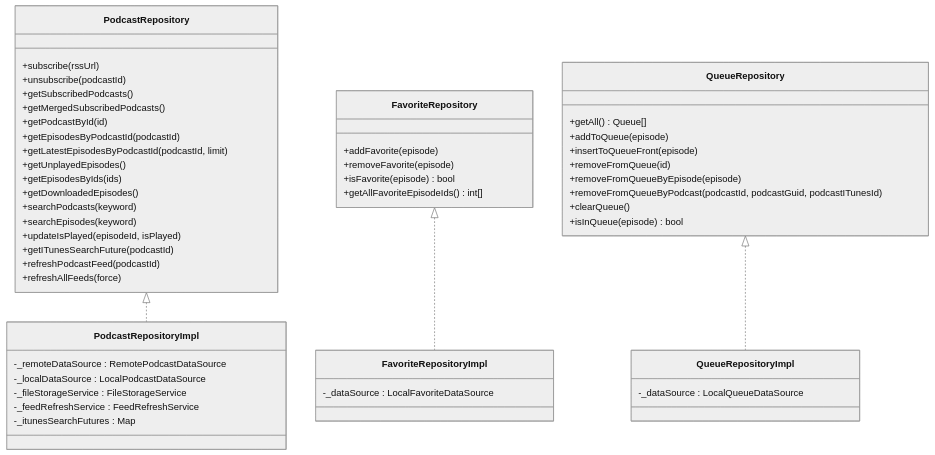
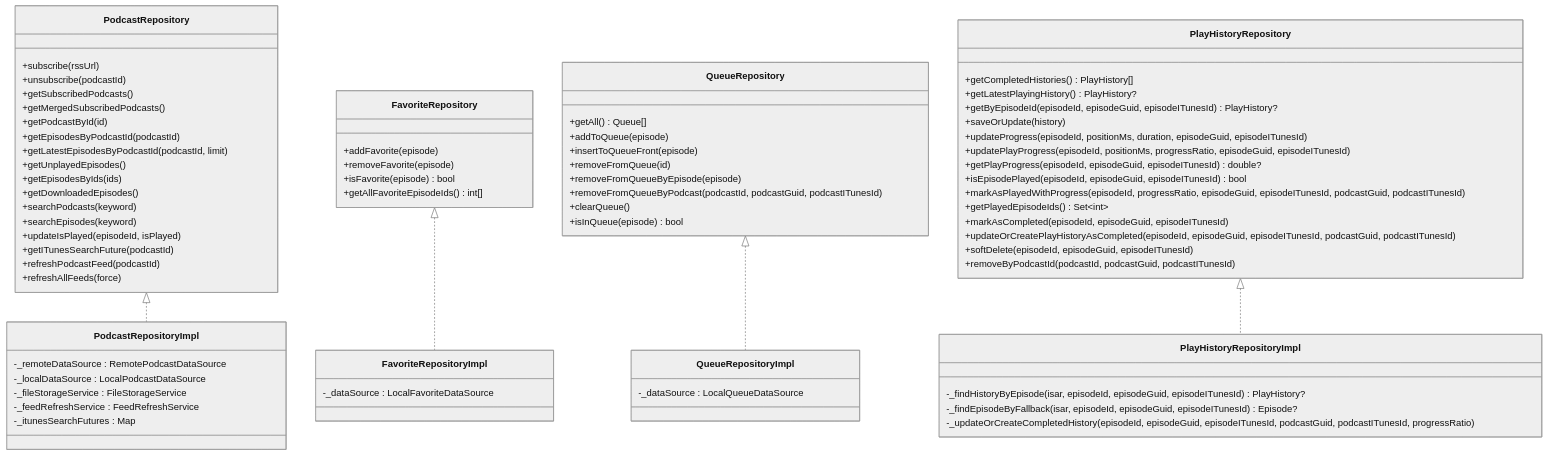
Before and after one commit to ZTfer/Tinycast: the second of 9 diagrams in .qoder/repowiki/zh/content/架构设计/设计模式应用/Repository Pattern（仓库模式）.md, drawn with Mermaid (neutral theme). The commit also changed other lines of this file and 187 other files, not shown here.

````diff
--- a/.qoder/repowiki/zh/content/架构设计/设计模式应用/Repository Pattern（仓库模式）.md
+++ b/.qoder/repowiki/zh/content/架构设计/设计模式应用/Repository Pattern（仓库模式）.md
@@ -122,53 +137,75 @@
 ```mermaid
 classDiagram
 class PodcastRepository {
 +subscribe(rssUrl)
 +unsubscribe(podcastId)
 +getSubscribedPodcasts()
 +getMergedSubscribedPodcasts()
 +getPodcastById(id)
 +getEpisodesByPodcastId(podcastId)
 +getLatestEpisodesByPodcastId(podcastId, limit)
 +getUnplayedEpisodes()
 +getEpisodesByIds(ids)
 +getDownloadedEpisodes()
 +searchPodcasts(keyword)
 +searchEpisodes(keyword)
 +updateIsPlayed(episodeId, isPlayed)
 +getITunesSearchFuture(podcastId)
 +refreshPodcastFeed(podcastId)
 +refreshAllFeeds(force)
 }
 class FavoriteRepository {
 +addFavorite(episode)
 +removeFavorite(episode)
 +isFavorite(episode) bool
 +getAllFavoriteEpisodeIds() int[]
 }
 class QueueRepository {
 +getAll() Queue[]
 +addToQueue(episode)
 +insertToQueueFront(episode)
 +removeFromQueue(id)
 +removeFromQueueByEpisode(episode)
 +removeFromQueueByPodcast(podcastId, podcastGuid, podcastITunesId)
 +clearQueue()
 +isInQueue(episode) bool
 }
+class PlayHistoryRepository {
++getCompletedHistories() PlayHistory[]
++getLatestPlayingHistory() PlayHistory?
++getByEpisodeId(episodeId, episodeGuid, episodeITunesId) PlayHistory?
++saveOrUpdate(history)
++updateProgress(episodeId, positionMs, duration, episodeGuid, episodeITunesId)
++updatePlayProgress(episodeId, positionMs, progressRatio, episodeGuid, episodeITunesId)
++getPlayProgress(episodeId, episodeGuid, episodeITunesId) double?
++isEpisodePlayed(episodeId, episodeGuid, episodeITunesId) bool
++markAsPlayedWithProgress(episodeId, progressRatio, episodeGuid, episodeITunesId, podcastGuid, podcastITunesId)
++getPlayedEpisodeIds() Set~int~
++markAsCompleted(episodeId, episodeGuid, episodeITunesId)
++updateOrCreatePlayHistoryAsCompleted(episodeId, episodeGuid, episodeITunesId, podcastGuid, podcastITunesId)
++softDelete(episodeId, episodeGuid, episodeITunesId)
++removeByPodcastId(podcastId, podcastGuid, podcastITunesId)
+}
 class PodcastRepositoryImpl {
 -_remoteDataSource : RemotePodcastDataSource
 -_localDataSource : LocalPodcastDataSource
 -_fileStorageService : FileStorageService
 -_feedRefreshService : FeedRefreshService
 -_itunesSearchFutures : Map
 }
 class FavoriteRepositoryImpl {
 -_dataSource : LocalFavoriteDataSource
 }
 class QueueRepositoryImpl {
 -_dataSource : LocalQueueDataSource
 }
+class PlayHistoryRepositoryImpl {
+-_findHistoryByEpisode(isar, episodeId, episodeGuid, episodeITunesId) PlayHistory?
+-_findEpisodeByFallback(isar, episodeId, episodeGuid, episodeITunesId) Episode?
+-_updateOrCreateCompletedHistory(episodeId, episodeGuid, episodeITunesId, podcastGuid, podcastITunesId, progressRatio)
+}
 PodcastRepository <|.. PodcastRepositoryImpl
 FavoriteRepository <|.. FavoriteRepositoryImpl
 QueueRepository <|.. QueueRepositoryImpl
+PlayHistoryRepository <|.. PlayHistoryRepositoryImpl
 ```
````
